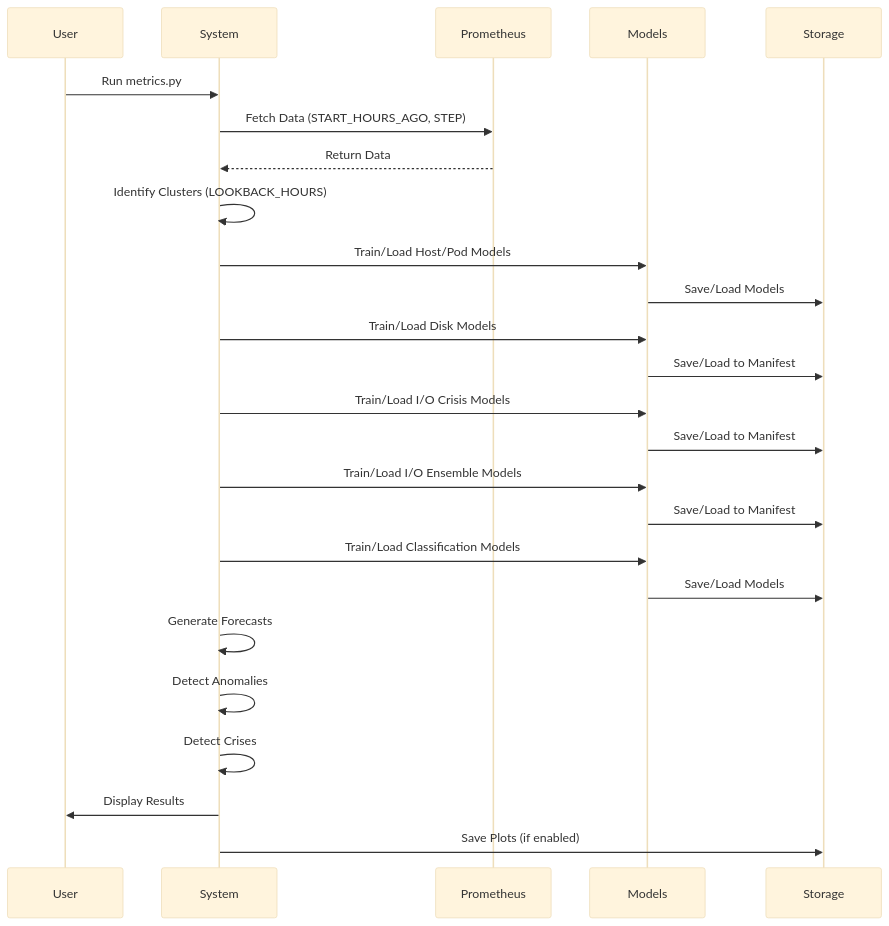
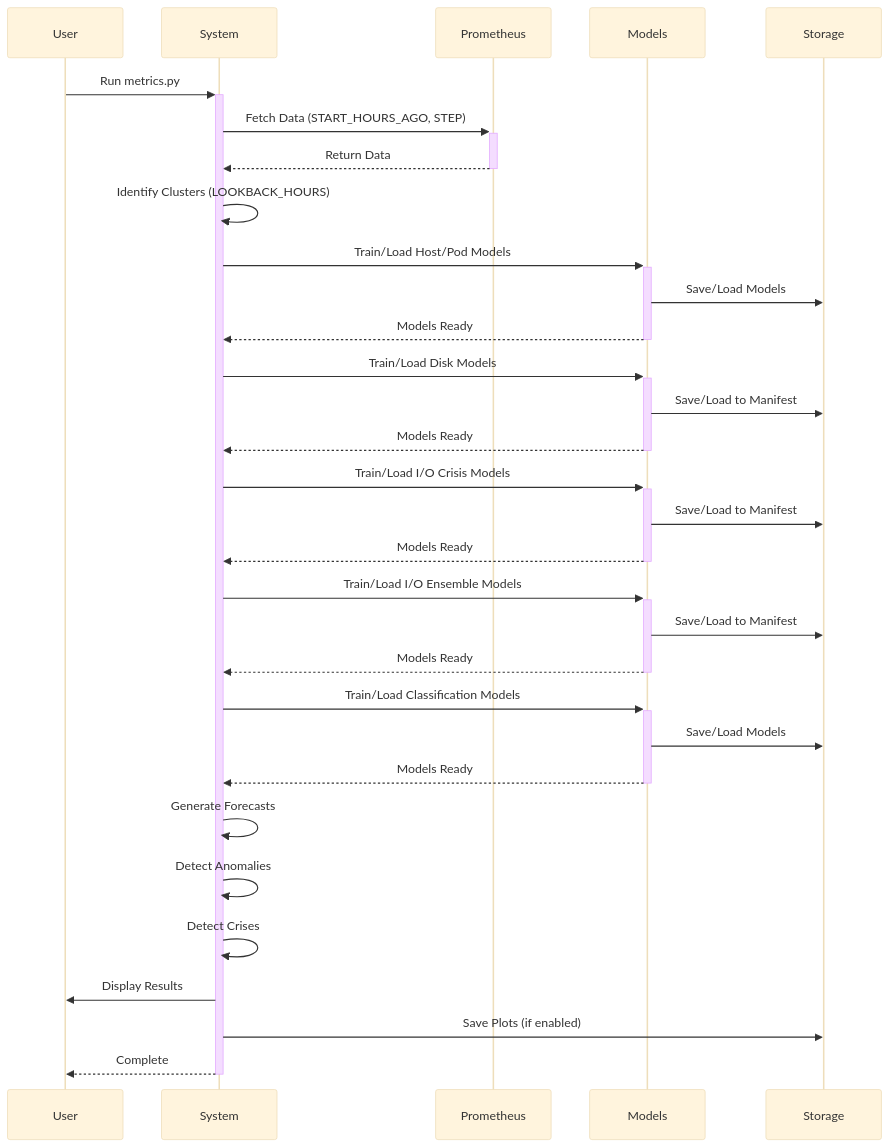
One commit to k8sautom8/metrics-ml changed diagram 11 of 11 in Docs/VISUAL_ARCHITECTURE_GUIDE.md. Above: the diagram before and after it, drawn with Mermaid (base theme). The commit also changed other lines of this file, not shown here.

````diff
--- a/Docs/VISUAL_ARCHITECTURE_GUIDE.md
+++ b/Docs/VISUAL_ARCHITECTURE_GUIDE.md
@@ -508,36 +700,42 @@
 ```mermaid
 sequenceDiagram
     participant User
     participant System
     participant Prometheus
     participant Models
     participant Storage
     
-    User->>System: Run metrics.py
-    System->>Prometheus: Fetch Data (START_HOURS_AGO, STEP)
-    Prometheus-->>System: Return Data
+    User->>+System: Run metrics.py
+    System->>+Prometheus: Fetch Data (START_HOURS_AGO, STEP)
+    Prometheus-->>-System: Return Data
     
     System->>System: Identify Clusters (LOOKBACK_HOURS)
     
-    System->>Models: Train/Load Host/Pod Models
+    System->>+Models: Train/Load Host/Pod Models
     Models->>Storage: Save/Load Models
+    Models-->>-System: Models Ready
     
-    System->>Models: Train/Load Disk Models
+    System->>+Models: Train/Load Disk Models
     Models->>Storage: Save/Load to Manifest
+    Models-->>-System: Models Ready
     
-    System->>Models: Train/Load I/O Crisis Models
+    System->>+Models: Train/Load I/O Crisis Models
     Models->>Storage: Save/Load to Manifest
+    Models-->>-System: Models Ready
     
-    System->>Models: Train/Load I/O Ensemble Models
+    System->>+Models: Train/Load I/O Ensemble Models
     Models->>Storage: Save/Load to Manifest
+    Models-->>-System: Models Ready
     
-    System->>Models: Train/Load Classification Models
+    System->>+Models: Train/Load Classification Models
     Models->>Storage: Save/Load Models
+    Models-->>-System: Models Ready
     
     System->>System: Generate Forecasts
     System->>System: Detect Anomalies
     System->>System: Detect Crises
     
     System->>User: Display Results
     System->>Storage: Save Plots (if enabled)
+    System-->>-User: Complete
 ```
````
